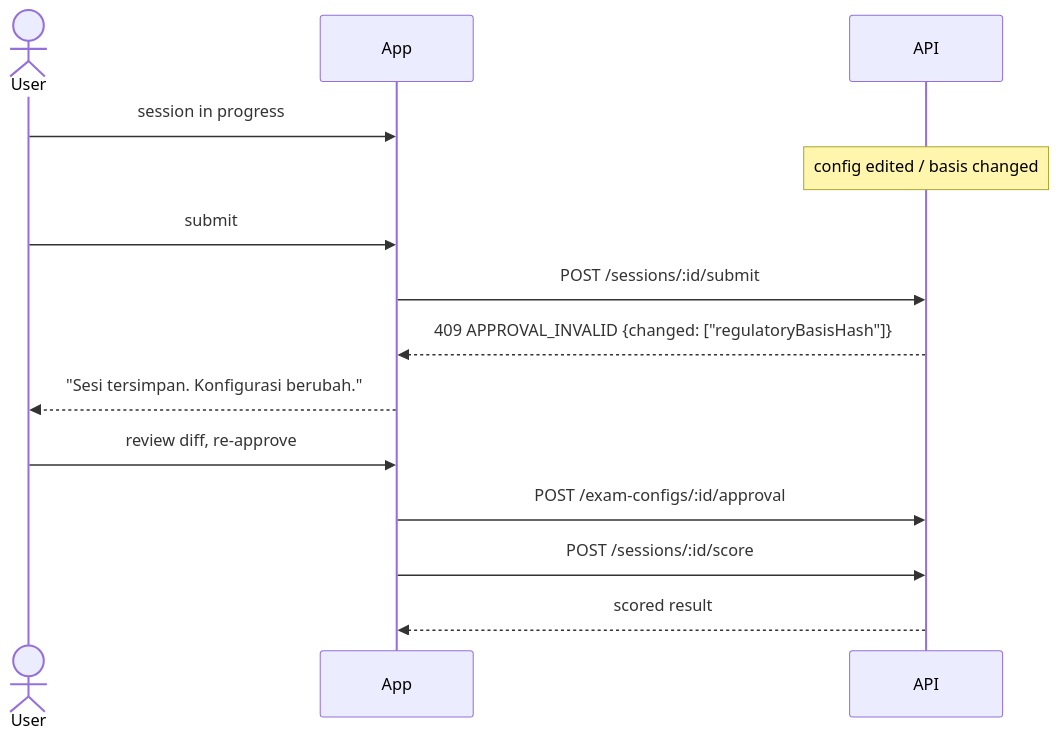
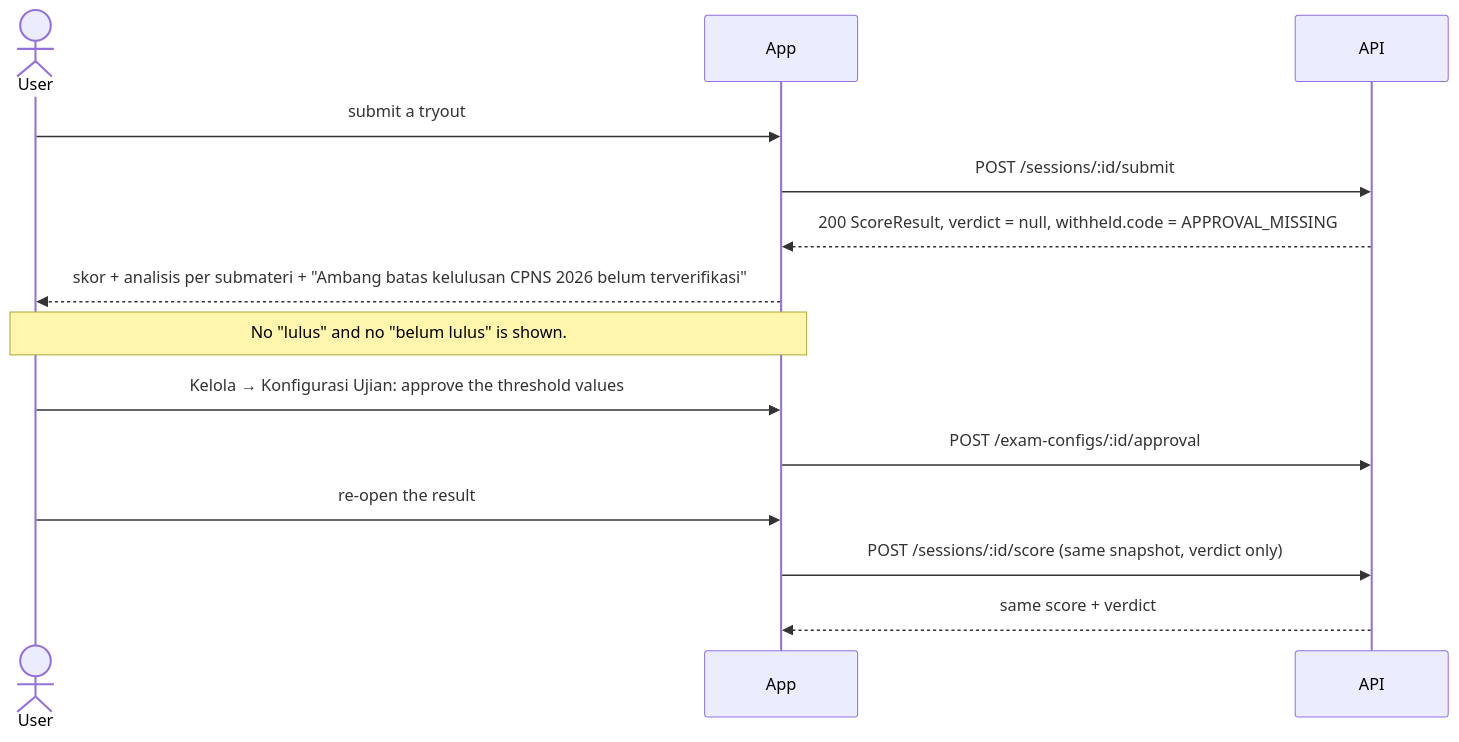
Before and after one commit to Sakbanullah/tryoutsim: the fourth of 8 diagrams in docs/product/USER_JOURNEYS.md, drawn with Mermaid. The commit also changed other lines of this file and 74 other files, not shown here.

````diff
--- a/docs/product/USER_JOURNEYS.md
+++ b/docs/product/USER_JOURNEYS.md
@@ -95,16 +106,16 @@
 ```mermaid
 sequenceDiagram
   actor U as User
   participant App
   participant API
-  U->>App: session in progress
-  Note over API: config edited / basis changed
-  U->>App: submit
+  U->>App: submit a tryout
   App->>API: POST /sessions/:id/submit
-  API-->>App: 409 APPROVAL_INVALID {changed: ["regulatoryBasisHash"]}
-  App-->>U: "Sesi tersimpan. Konfigurasi berubah."
-  U->>App: review diff, re-approve
+  API-->>App: 200 ScoreResult, verdict = null, withheld.code = APPROVAL_MISSING
+  App-->>U: skor + analisis per submateri + "Ambang batas kelulusan CPNS 2026 belum terverifikasi"
+  Note over App,U: No "lulus" and no "belum lulus" is shown.
+  U->>App: Kelola → Konfigurasi Ujian: approve the threshold values
   App->>API: POST /exam-configs/:id/approval
-  App->>API: POST /sessions/:id/score
-  API-->>App: scored result
+  U->>App: re-open the result
+  App->>API: POST /sessions/:id/score (same snapshot, verdict only)
+  API-->>App: same score + verdict
 ```
````
